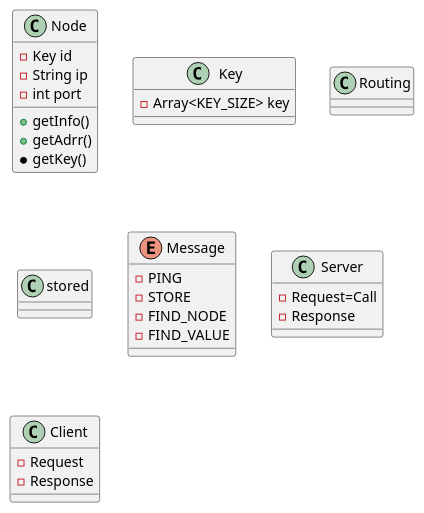
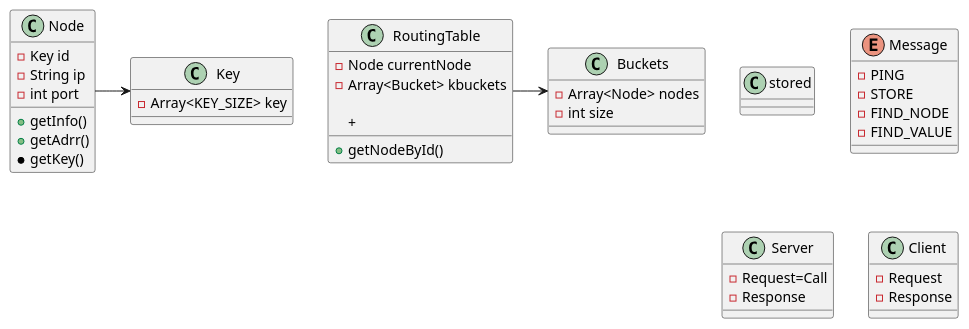
Before and after one commit to GoliathHagar/distributed_legder_kademlia: the diagram in docs/distributed-legder-overview.md, drawn with PlantUML. The commit also changed other lines of this file and 1 other file, not shown here.

Commit message:
docs: blockchain-overview added

````diff
--- a/docs/distributed-legder-overview.md
+++ b/docs/distributed-legder-overview.md
@@ -7,44 +7,56 @@
 ```plantuml
 @startuml
   class Node {
     - Key id
     - String ip
     - int port 
     
     + getInfo()
     + getAdrr()
     * getKey()
   } 
   
   class Key {
     - Array<KEY_SIZE> key
   }
   
-  class Routing{
+  class Buckets{
+    - Array<Node> nodes 
+    - int size
+  }
   
+  class RoutingTable{
+   - Node currentNode
+   - Array<Bucket> kbuckets
+   
+   + getNodeById()
+   + 
+   
   }
   
   class stored {
   }
   
   enum Message {
     - PING
     - STORE
     - FIND_NODE
     - FIND_VALUE
   }
   
   class Server {
     - Request=Call
     - Response
   }
   
   class Client { 
     - Request
     - Response
   }
   
+  Node -> Key
+  RoutingTable -> Buckets
   
    
 @enduml
 ```
````
